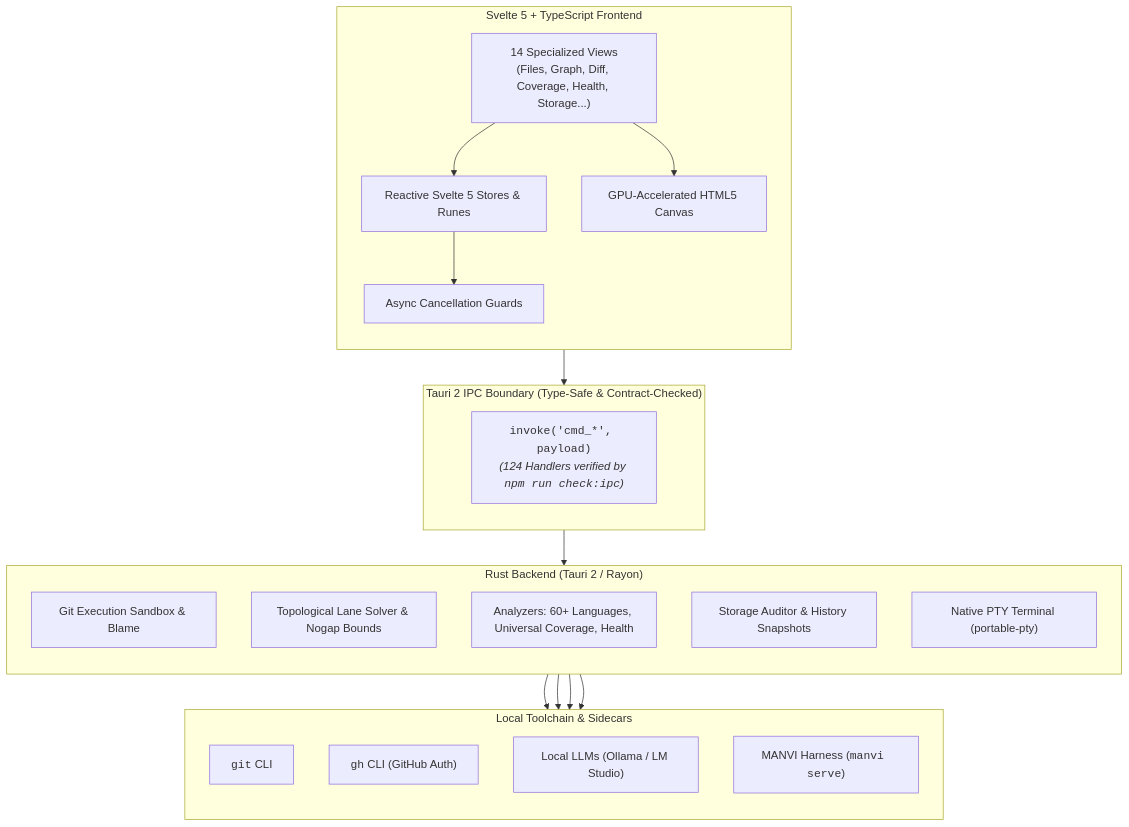
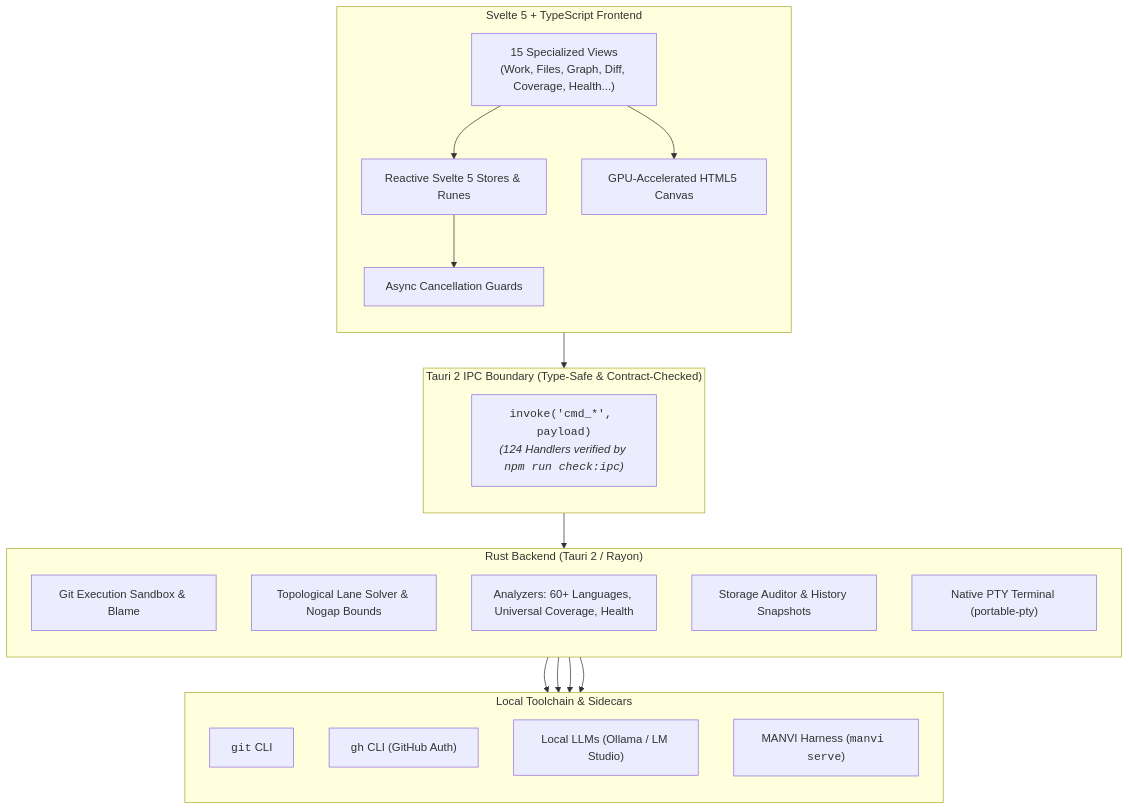
One commit to bharathvbcr/GitPulse changed the first of 4 diagrams in README.md. Above: the diagram before and after it, drawn with Mermaid. The commit also changed other lines of this file and 2 other files, not shown here.

````diff
--- a/README.md
+++ b/README.md
@@ -41,43 +41,43 @@
 ```mermaid
 flowchart TB
     subgraph Frontend["Svelte 5 + TypeScript Frontend"]
         direction TB
-        Views["14 Specialized Views<br/>(Files, Graph, Diff, Coverage, Health, Storage...)"]
+        Views["15 Specialized Views<br/>(Work, Files, Graph, Diff, Coverage, Health...)"]
         Stores["Reactive Svelte 5 Stores & Runes"]
         CanvasEngine["GPU-Accelerated HTML5 Canvas"]
         AsyncGuards["Async Cancellation Guards"]
         
         Views --> Stores
         Views --> CanvasEngine
         Stores --> AsyncGuards
     end
 
     subgraph IPC["Tauri 2 IPC Boundary (Type-Safe & Contract-Checked)"]
         direction TB
         IPCBridge["<code>invoke('cmd_*', payload)</code><br/><i>(124 Handlers verified by <code>npm run check:ipc</code>)</i>"]
     end
 
     subgraph Backend["Rust Backend (Tauri 2 / Rayon)"]
         direction TB
         GitSandbox["Git Execution Sandbox & Blame"]
         GraphSolver["Topological Lane Solver & Nogap Bounds"]
         Analyzers["Analyzers: 60+ Languages, Universal Coverage, Health"]
         StorageEngine["Storage Auditor & History Snapshots"]
         TerminalPTY["Native PTY Terminal (portable-pty)"]
     end
 
     subgraph LocalTools["Local Toolchain & Sidecars"]
         direction TB
         GitCLI["<code>git</code> CLI"]
         GhCLI["<code>gh</code> CLI (GitHub Auth)"]
         LocalAI["Local LLMs (Ollama / LM Studio)"]
         ManviSidecar["MANVI Harness (<code>manvi serve</code>)"]
     end
 
     AsyncGuards --> IPCBridge
     IPCBridge --> Backend
     GitSandbox --> GitCLI
     Analyzers --> GhCLI
     Analyzers --> LocalAI
     Backend --> ManviSidecar
 ```
````
